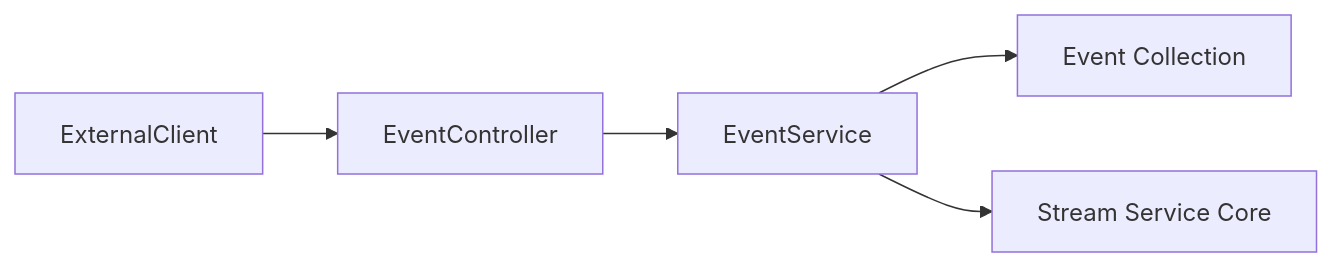
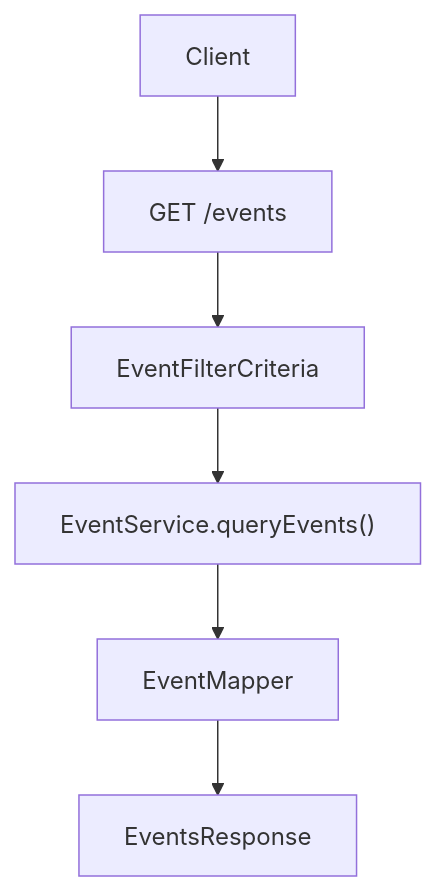
The third of 7 diagrams in docs/architecture/external-api-service-core/external-api-service-core.md (Praesto-Pro/openframe-oss-tenant), drawn with Mermaid before and after one commit. The commit also changed other lines of this file and 149 other files, not shown here.

````diff
--- a/docs/architecture/external-api-service-core/external-api-service-core.md
+++ b/docs/architecture/external-api-service-core/external-api-service-core.md
@@ -186,7 +180,8 @@
 ```mermaid
-flowchart LR
-    ExternalClient --> EventController
-    EventController --> EventService
-    EventService --> MongoEvents["Event Collection"]
-    EventService --> StreamCore["Stream Service Core"]
+flowchart TD
+    Client["Client"] --> Query["GET /events"]
+    Query --> Filter["EventFilterCriteria"]
+    Filter --> Service["EventService.queryEvents()"]
+    Service --> Mapper["EventMapper"]
+    Mapper --> Response["EventsResponse"]
 ```
````
